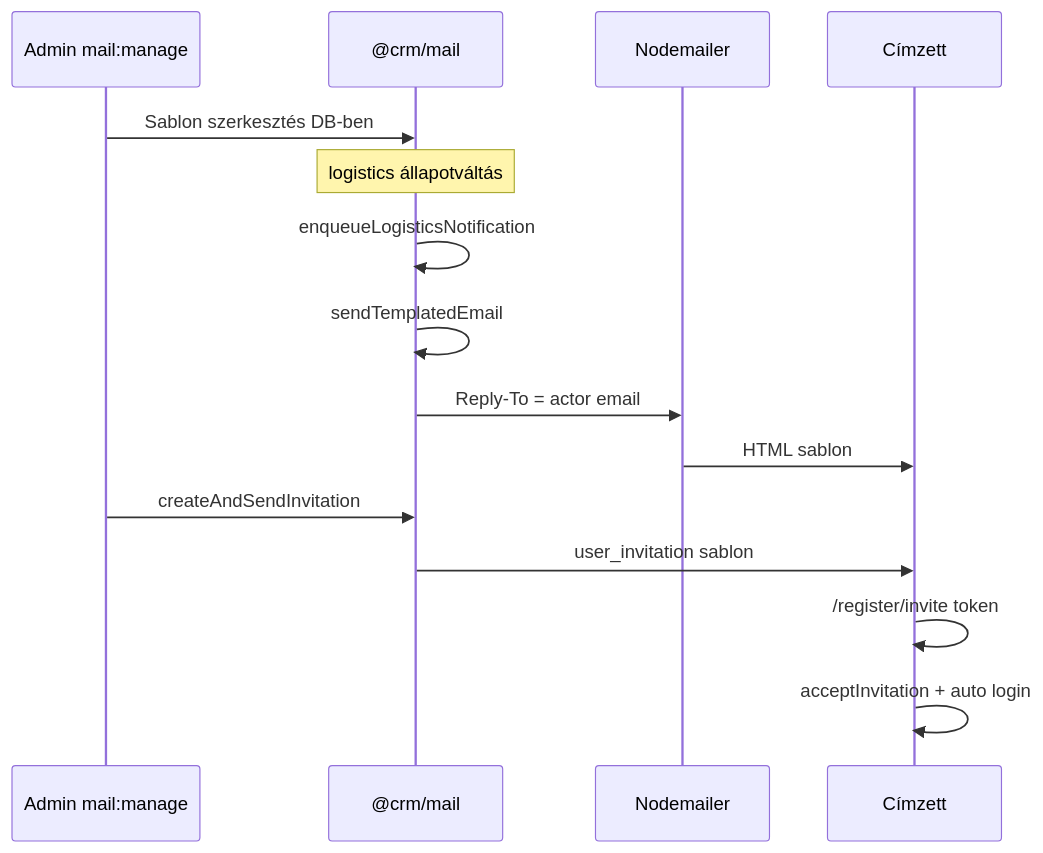
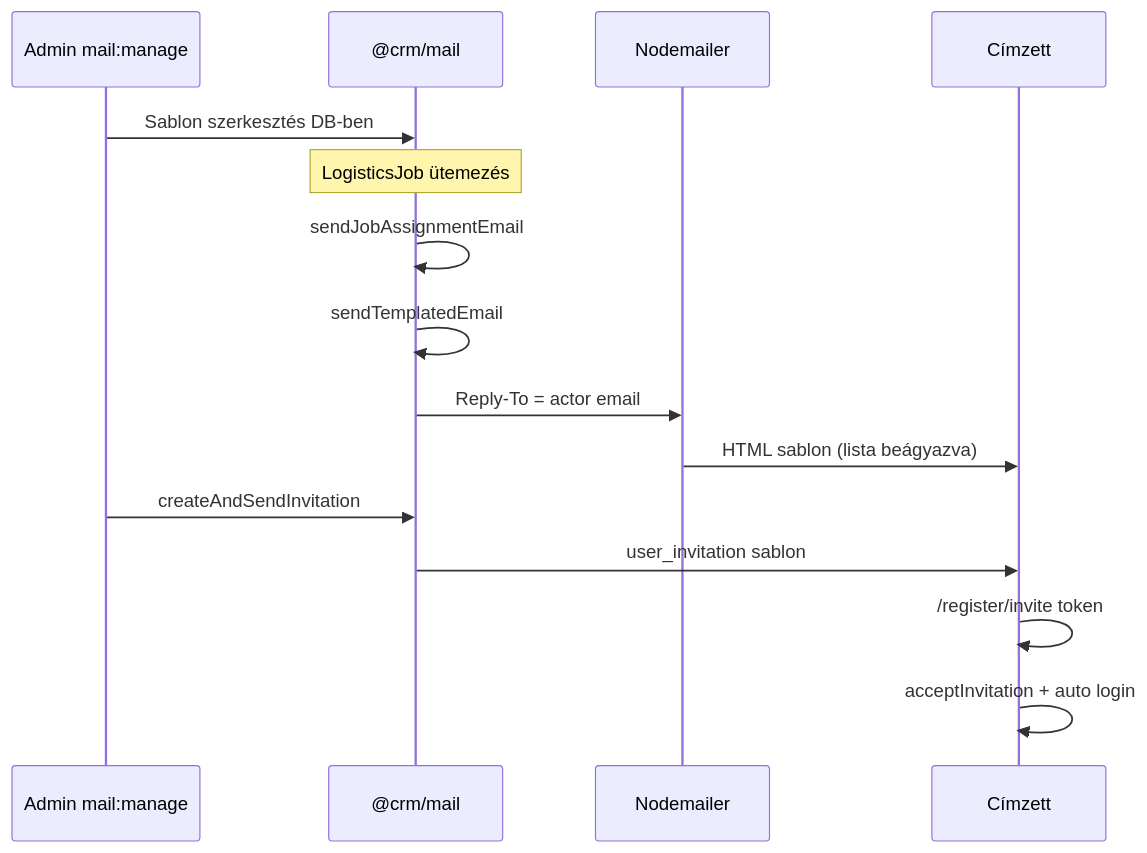
The tenth of 12 diagrams in docs/inventory_and_logistics_flows.md (Tomkoooo/tCrm), drawn with Mermaid before and after one commit. The commit also changed other lines of this file and 66 other files, not shown here.

````diff
--- a/docs/inventory_and_logistics_flows.md
+++ b/docs/inventory_and_logistics_flows.md
@@ -493,19 +486,19 @@
 ```mermaid
 sequenceDiagram
   participant Admin as Admin mail:manage
   participant Mail as @crm/mail
   participant SMTP as Nodemailer
   participant User as Címzett
 
   Admin->>Mail: Sablon szerkesztés DB-ben
-  Note over Mail: logistics állapotváltás
-  Mail->>Mail: enqueueLogisticsNotification
+  Note over Mail: LogisticsJob ütemezés
+  Mail->>Mail: sendJobAssignmentEmail
   Mail->>Mail: sendTemplatedEmail
   Mail->>SMTP: Reply-To = actor email
-  SMTP->>User: HTML sablon
+  SMTP->>User: HTML sablon (lista beágyazva)
 
   Admin->>Mail: createAndSendInvitation
   Mail->>User: user_invitation sablon
   User->>User: /register/invite token
   User->>User: acceptInvitation + auto login
 ```
````
